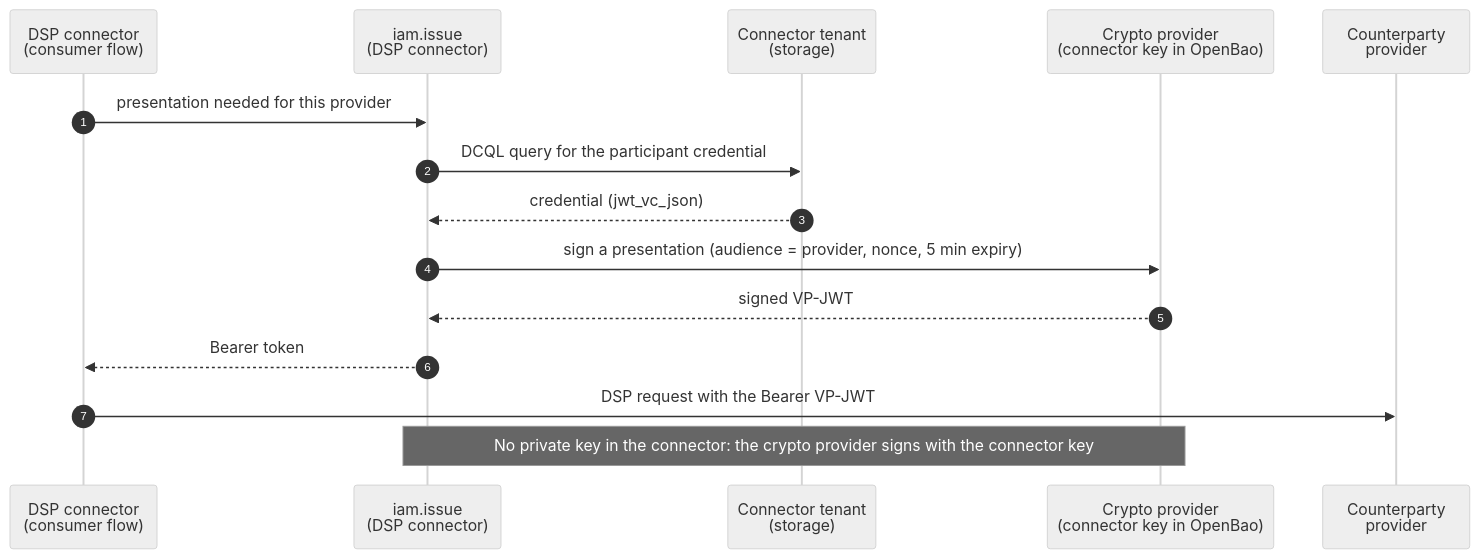
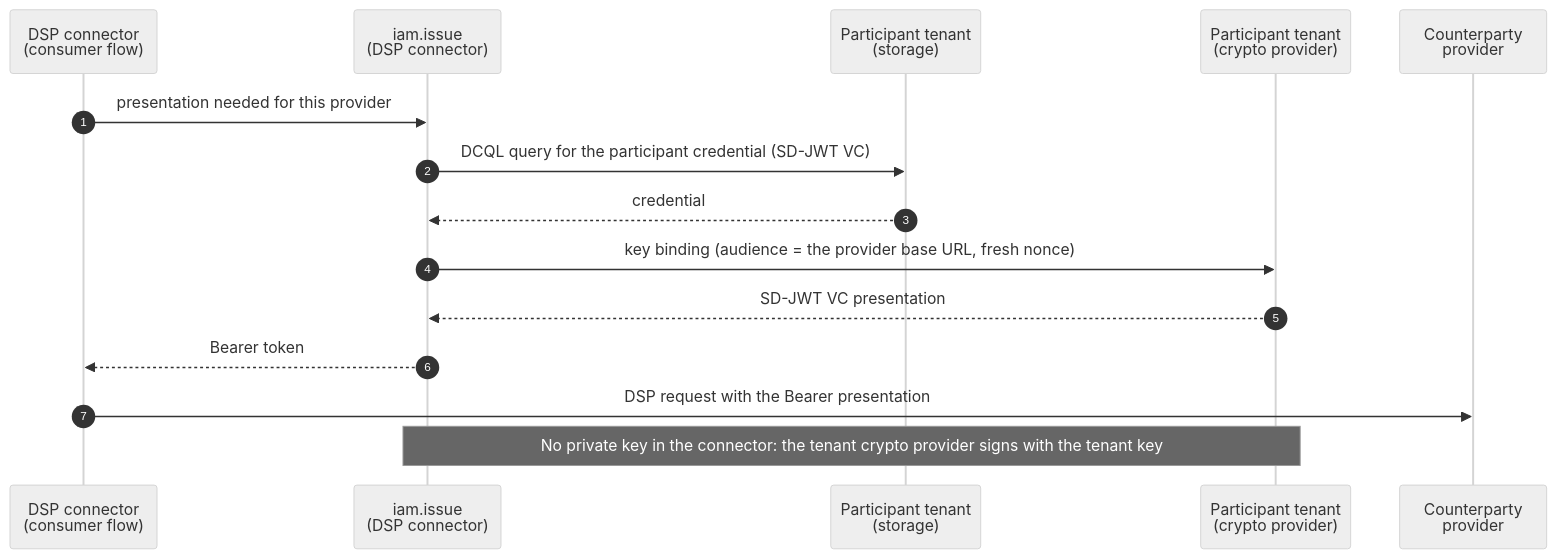
The sixth of 9 diagrams in docs/architecture/icam-flows.md (balessan/facis-fap-iot-ai), drawn with Mermaid (neutral theme) before and after one commit. The commit also changed other lines of this file and 9 other files, not shown here.

First line of the commit message:
docs: DSP identity profile, and the participant's wallet in the identity flows

````diff
--- a/docs/architecture/icam-flows.md
+++ b/docs/architecture/icam-flows.md
@@ -197,17 +210,17 @@
 ```mermaid
 sequenceDiagram
   autonumber
   participant DSP as DSP connector<br/>(consumer flow)
   participant ISS as iam.issue<br/>(DSP connector)
-  participant STO as Connector tenant<br/>(storage)
-  participant CRY as Crypto provider<br/>(connector key in OpenBao)
+  participant STO as Participant tenant<br/>(storage)
+  participant CRY as Participant tenant<br/>(crypto provider)
   participant P as Counterparty<br/>provider
   DSP->>ISS: presentation needed for this provider
-  ISS->>STO: DCQL query for the participant credential
-  STO-->>ISS: credential (jwt_vc_json)
-  ISS->>CRY: sign a presentation (audience = provider, nonce, 5 min expiry)
-  CRY-->>ISS: signed VP-JWT
+  ISS->>STO: DCQL query for the participant credential (SD-JWT VC)
+  STO-->>ISS: credential
+  ISS->>CRY: key binding (audience = the provider base URL, fresh nonce)
+  CRY-->>ISS: SD-JWT VC presentation
   ISS-->>DSP: Bearer token
-  DSP->>P: DSP request with the Bearer VP-JWT
-  Note over ISS,CRY: No private key in the connector: the crypto provider signs with the connector key
+  DSP->>P: DSP request with the Bearer presentation
+  Note over ISS,CRY: No private key in the connector: the tenant crypto provider signs with the tenant key
 ```
````
